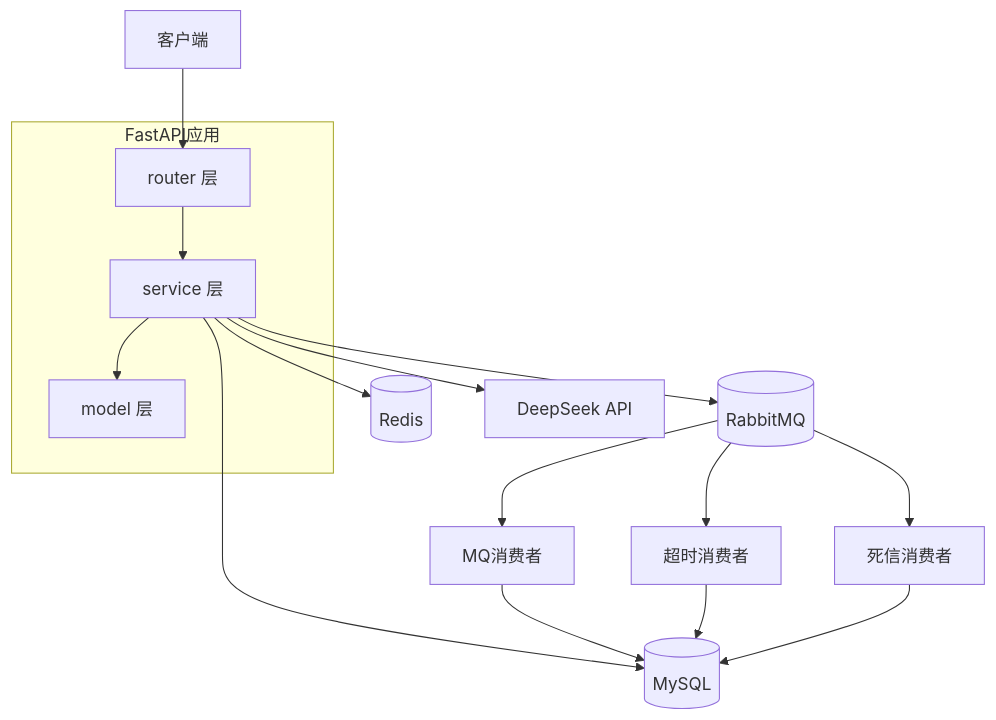
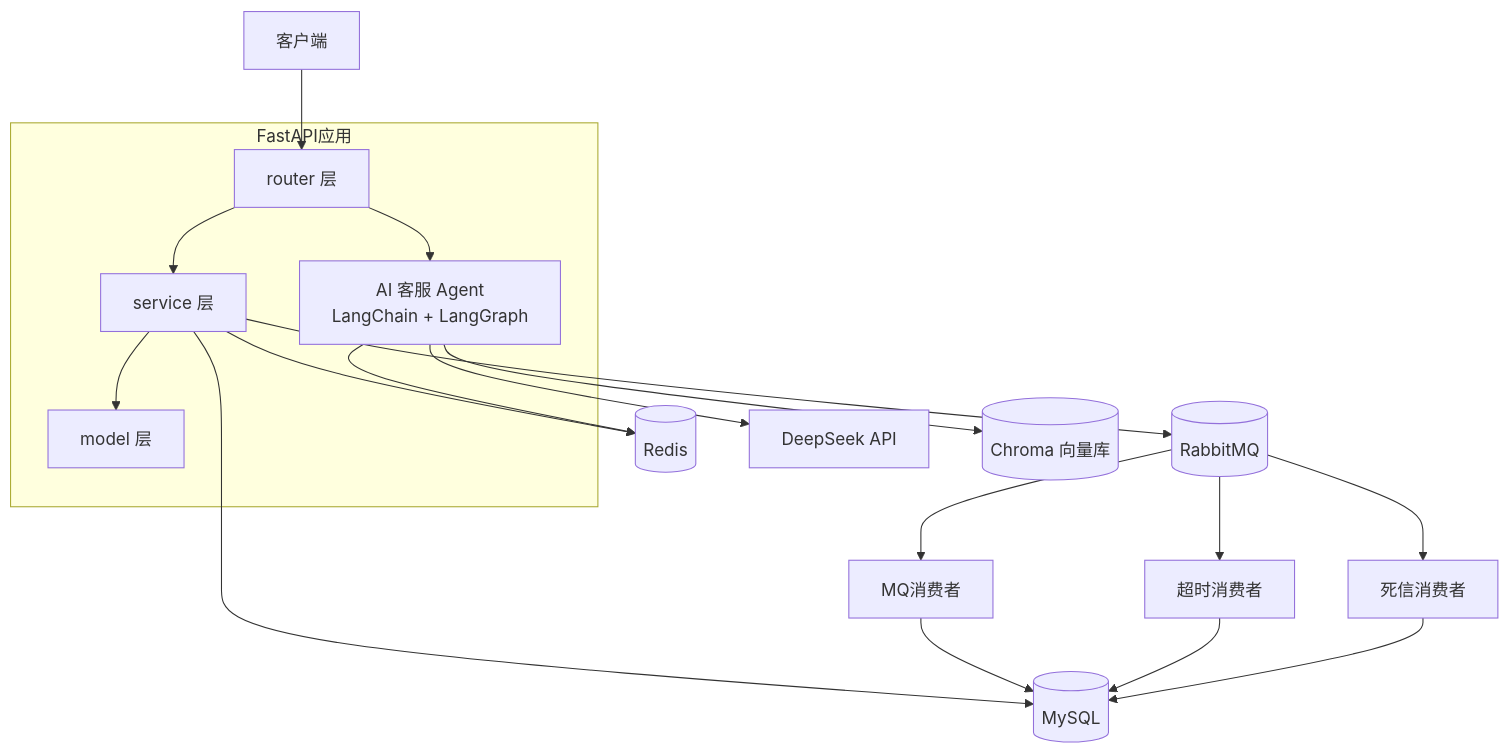
Before and after one commit to aixiaoqinghe/order_center: the diagram in README.md, drawn with Mermaid. The commit also changed other lines of this file and 2 other files, not shown here.

Commit message:
Stage5 Day13: README 大重构（技术选型+架构图补Agent/Chroma+AI客服Agent章节+项目结构树补agent/+降级两级说明+面试话术）+ agent.py 清死代码 import

````diff
--- a/README.md
+++ b/README.md
@@ -19,36 +28,42 @@
 ```mermaid
 graph TD
     Client[客户端]
 
     subgraph FastAPI应用
         Router[router 层]
         Service[service 层]
         Model[model 层]
+        Agent[AI 客服 Agent<br>LangChain + LangGraph]
         Router --> Service
+        Router --> Agent
         Service --> Model
     end
 
     Redis[(Redis)]
     MySQL[(MySQL)]
     RabbitMQ[(RabbitMQ)]
     DeepSeek[DeepSeek API]
+    Chroma[(Chroma 向量库)]
 
     MQConsumer[MQ消费者]
     TimeoutConsumer[超时消费者]
     DLXConsumer[死信消费者]
 
     Client --> Router
 
     Service --> Redis
     Service --> MySQL
     Service --> RabbitMQ
-    Service --> DeepSeek
+
+    Agent --> DeepSeek
+    Agent --> Redis
+    Agent --> Chroma
 
     RabbitMQ --> MQConsumer
     RabbitMQ --> TimeoutConsumer
     RabbitMQ --> DLXConsumer
 
     MQConsumer --> MySQL
     TimeoutConsumer --> MySQL
     DLXConsumer --> MySQL
 ```
````
